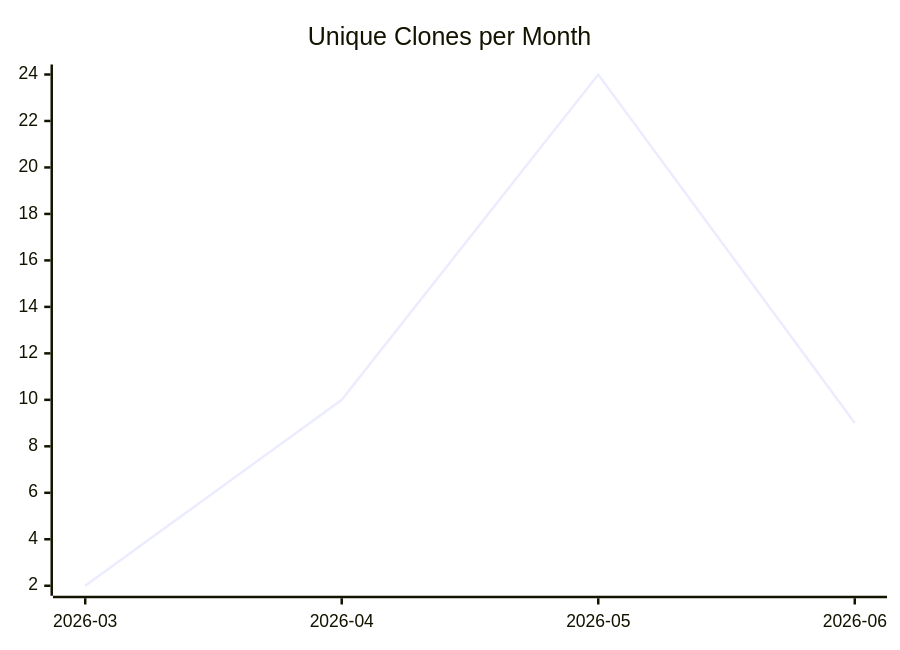
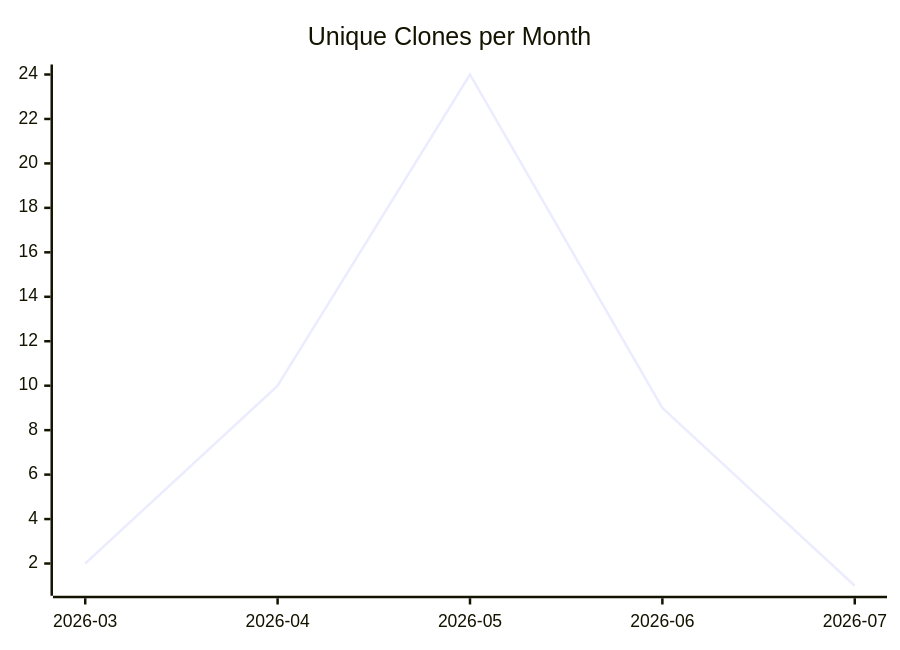
The third of 3 diagrams in karlmdavis/xmlpull/README.md (justdavis-family/github-analytics-data), drawn with Mermaid before and after one commit. The commit also changed other lines of this file and 199 other files, not shown here.

````diff
--- a/karlmdavis/xmlpull/README.md
+++ b/karlmdavis/xmlpull/README.md
@@ -19,6 +19,6 @@
 ```mermaid
 xychart-beta
   title "Unique Clones per Month"
-  x-axis ["2026-03", "2026-04", "2026-05", "2026-06"]
-  line [2, 10, 24, 9]
+  x-axis ["2026-03", "2026-04", "2026-05", "2026-06", "2026-07"]
+  line [2, 10, 24, 9, 1]
 ```
````
